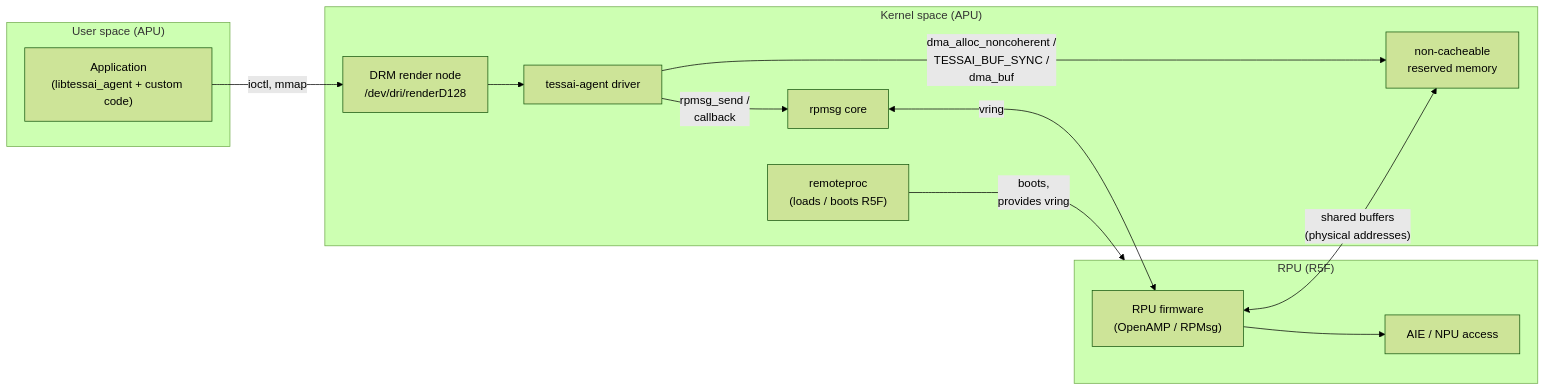
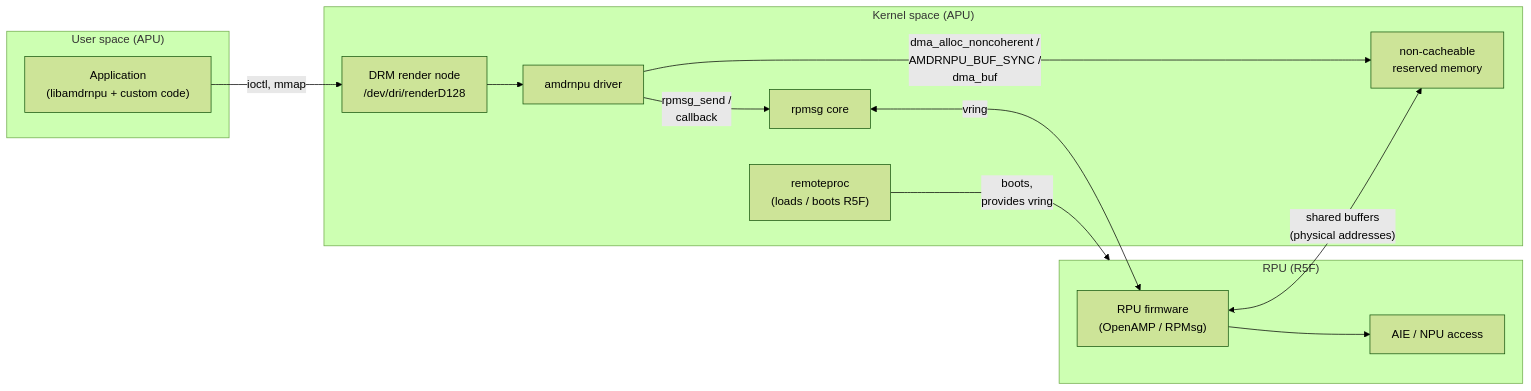
Before and after one commit to Xilinx/amdrnpu: the first of 5 diagrams in docs/architecture.md, drawn with Mermaid (forest theme). The commit also changed other lines of this file and 107 other files, not shown here.

Commit message:
Change all tessai references to amdrnpu

````diff
--- a/docs/architecture.md
+++ b/docs/architecture.md
@@ -20,28 +20,28 @@
 ```mermaid
 flowchart LR
     subgraph User["User space (APU)"]
-        APP["Application<br/>(libtessai_agent + custom code)"]
+        APP["Application<br/>(libamdrnpu + custom code)"]
     end
 
     subgraph Kernel["Kernel space (APU)"]
         DRM["DRM render node<br/>/dev/dri/renderD128"]
-        TESS["tessai-agent driver"]
+        TESS["amdrnpu driver"]
         RPMSG["rpmsg core"]
         REMOTEPROC["remoteproc<br/>(loads / boots R5F)"]
         DMA["non-cacheable<br/>reserved memory"]
     end
 
     subgraph RPU["RPU (R5F)"]
         FW["RPU firmware<br/>(OpenAMP / RPMsg)"]
         AIE["AIE / NPU access"]
     end
 
     APP -- "ioctl, mmap" --> DRM
     DRM --> TESS
     TESS -- "rpmsg_send /<br/>callback" --> RPMSG
     RPMSG <-- "vring" --> FW
     REMOTEPROC -- "boots,<br/>provides vring" --> RPU
-    TESS -- "dma_alloc_noncoherent /<br/>TESSAI_BUF_SYNC /<br/>dma_buf" --> DMA
+    TESS -- "dma_alloc_noncoherent /<br/>AMDRNPU_BUF_SYNC /<br/>dma_buf" --> DMA
     FW <-- "shared buffers<br/>(physical addresses)" --> DMA
     FW --> AIE
 ```
````
